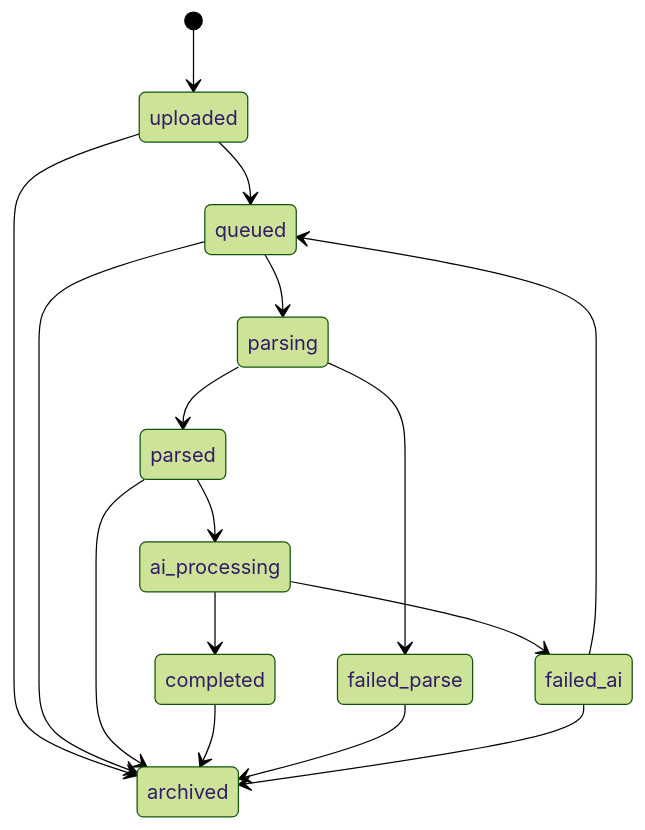
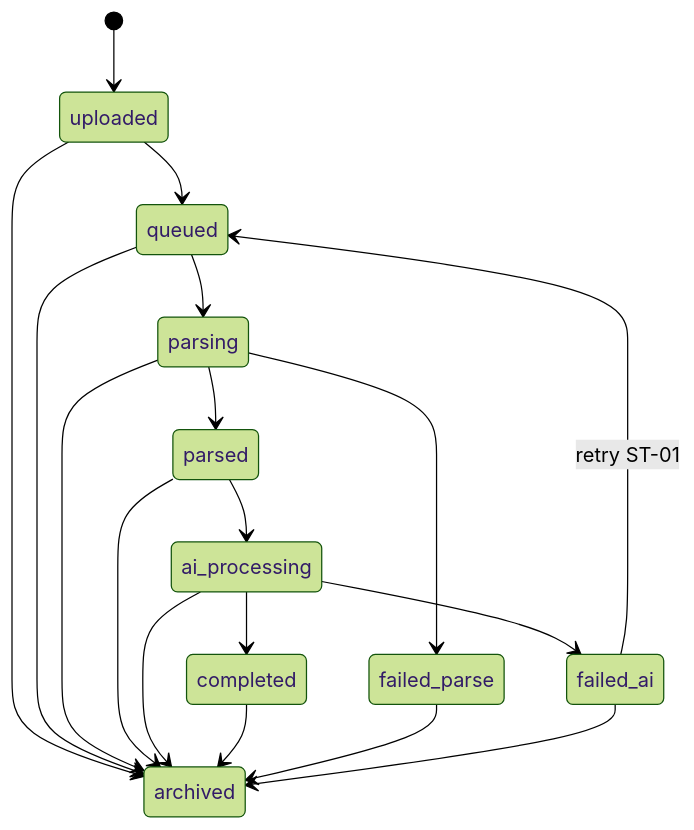
Before and after one commit to VishnuVardhan-CH-2022/resume-rank-ai-dev: the sixth of 8 diagrams in docs/02-design/05-Database-Design-Document.md, drawn with Mermaid (forest theme). The commit also changed other lines of this file and 3 other files, not shown here.

````diff
--- a/docs/02-design/05-Database-Design-Document.md
+++ b/docs/02-design/05-Database-Design-Document.md
@@ -802,18 +870,20 @@
 ```mermaid
 stateDiagram-v2
   [*] --> uploaded
   uploaded --> queued
   queued --> parsing
   parsing --> failed_parse
   parsing --> parsed
   parsed --> ai_processing
   ai_processing --> completed
   ai_processing --> failed_ai
-  failed_ai --> queued
+  failed_ai --> queued: retry ST-01
   uploaded --> archived
   queued --> archived
+  parsing --> archived
   parsed --> archived
+  ai_processing --> archived
   completed --> archived
   failed_parse --> archived
   failed_ai --> archived
 ```
````
